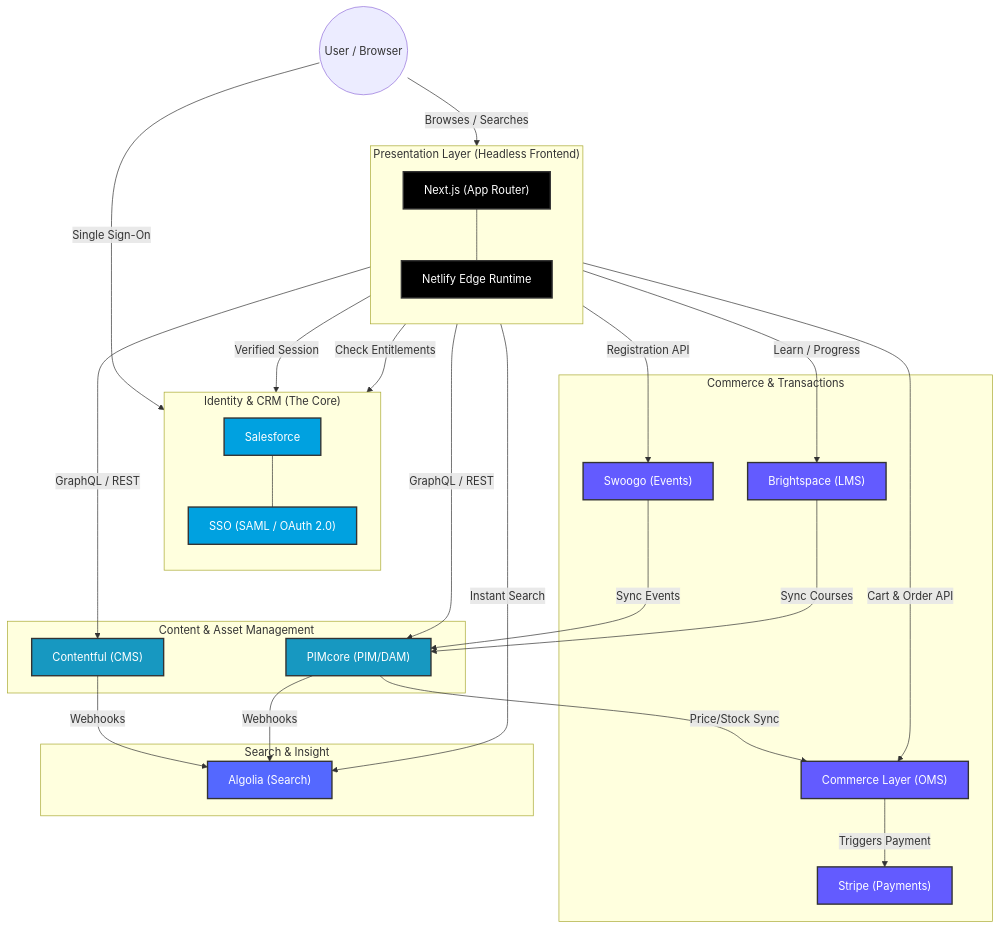
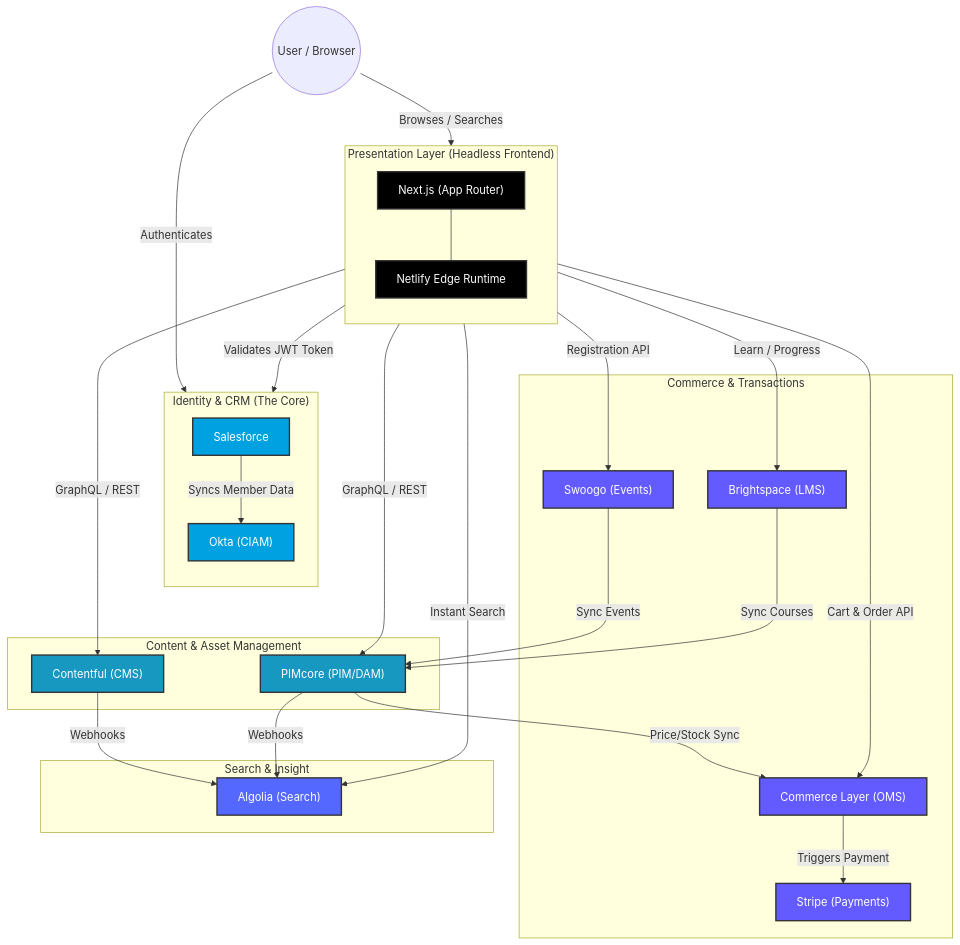
One commit to timbowdeniona/bsava-com changed the first of 7 diagrams in BSAVA_MACH_ARCHITECTURE_DIAGRAM.md. Above: the diagram before and after it, drawn with Mermaid. The commit also changed other lines of this file, not shown here.

Commit message:
docs: Update architecture diagram to replace Salesforce SSO with Okta CIAM

````diff
--- a/BSAVA_MACH_ARCHITECTURE_DIAGRAM.md
+++ b/BSAVA_MACH_ARCHITECTURE_DIAGRAM.md
@@ -10,69 +10,68 @@
 ```mermaid
 flowchart TB
     %% Nodes
     User((User / Browser))
     
     subgraph Presentation ["Presentation Layer (Headless Frontend)"]
         direction TB
         NextJS["Next.js (App Router)"]
         Edge["Netlify Edge Runtime"]
         NextJS --- Edge
     end
 
     subgraph Identity ["Identity & CRM (The Core)"]
         direction TB
         Salesforce["Salesforce"]
-        SSO["SSO (SAML / OAuth 2.0)"]
-        Salesforce --- SSO
+        CIAM["Okta (CIAM)"]
+        Salesforce -->|Syncs Member Data| CIAM
     end
 
     subgraph Content ["Content & Asset Management"]
         Contentful["Contentful (CMS)"]
         PIMcore["PIMcore (PIM/DAM)"]
     end
 
     subgraph Commerce ["Commerce & Transactions"]
         CommerceLayer["Commerce Layer (OMS)"]
         Stripe["Stripe (Payments)"]
         Swoogo["Swoogo (Events)"]
         Brightspace["Brightspace (LMS)"]
     end
 
     subgraph Discovery ["Search & Insight"]
         Algolia["Algolia (Search)"]
     end
 
     %% Interactions
     User -- "Browses / Searches" --> NextJS
-    User -- "Single Sign-On" --> SSO
+    User -- "Authenticates" --> CIAM
     
     NextJS -- "Cart & Order API" --> CommerceLayer
     NextJS -- "GraphQL / REST" --> Contentful
     NextJS -- "GraphQL / REST" --> PIMcore
-    NextJS -- "Verified Session" --> SSO
-    NextJS -- "Check Entitlements" --> Salesforce
+    NextJS -- "Validates JWT Token" --> CIAM
     NextJS -- "Instant Search" --> Algolia
     NextJS -- "Registration API" --> Swoogo
     CommerceLayer -- "Triggers Payment" --> Stripe
     NextJS -- "Learn / Progress" --> Brightspace
 
     %% Sync Flows
     Contentful -- "Webhooks" --> Algolia
     PIMcore -- "Webhooks" --> Algolia
     PIMcore -- "Price/Stock Sync" --> CommerceLayer
     Swoogo -- "Sync Events" --> PIMcore
     Brightspace -- "Sync Courses" --> PIMcore
 
     %% Styling
     classDef presentation fill:#000,stroke:#333,stroke-width:2px,color:#fff
     classDef identity fill:#00A1E0,stroke:#333,stroke-width:2px,color:#fff
     classDef content fill:#1798c1,stroke:#333,stroke-width:2px,color:#fff
     classDef commerce fill:#635BFF,stroke:#333,stroke-width:2px,color:#fff
     classDef search fill:#5468FF,stroke:#333,stroke-width:2px,color:#fff
     
     class NextJS,Edge presentation
-    class Salesforce,SSO identity
+    class Salesforce,CIAM identity
     class Contentful,PIMcore content
     class CommerceLayer,Stripe,Swoogo,Brightspace commerce
     class Algolia search
 ```
````
